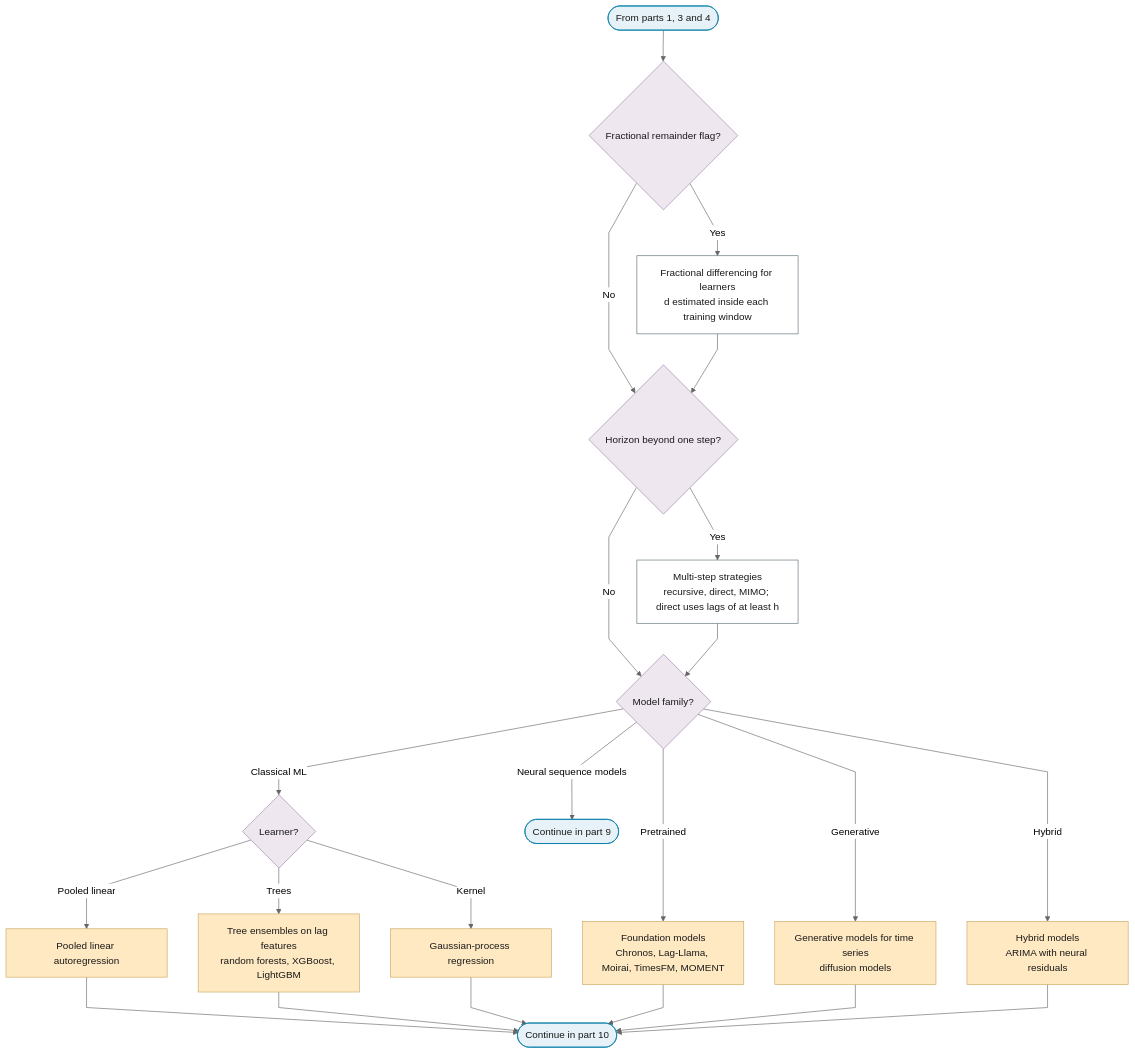
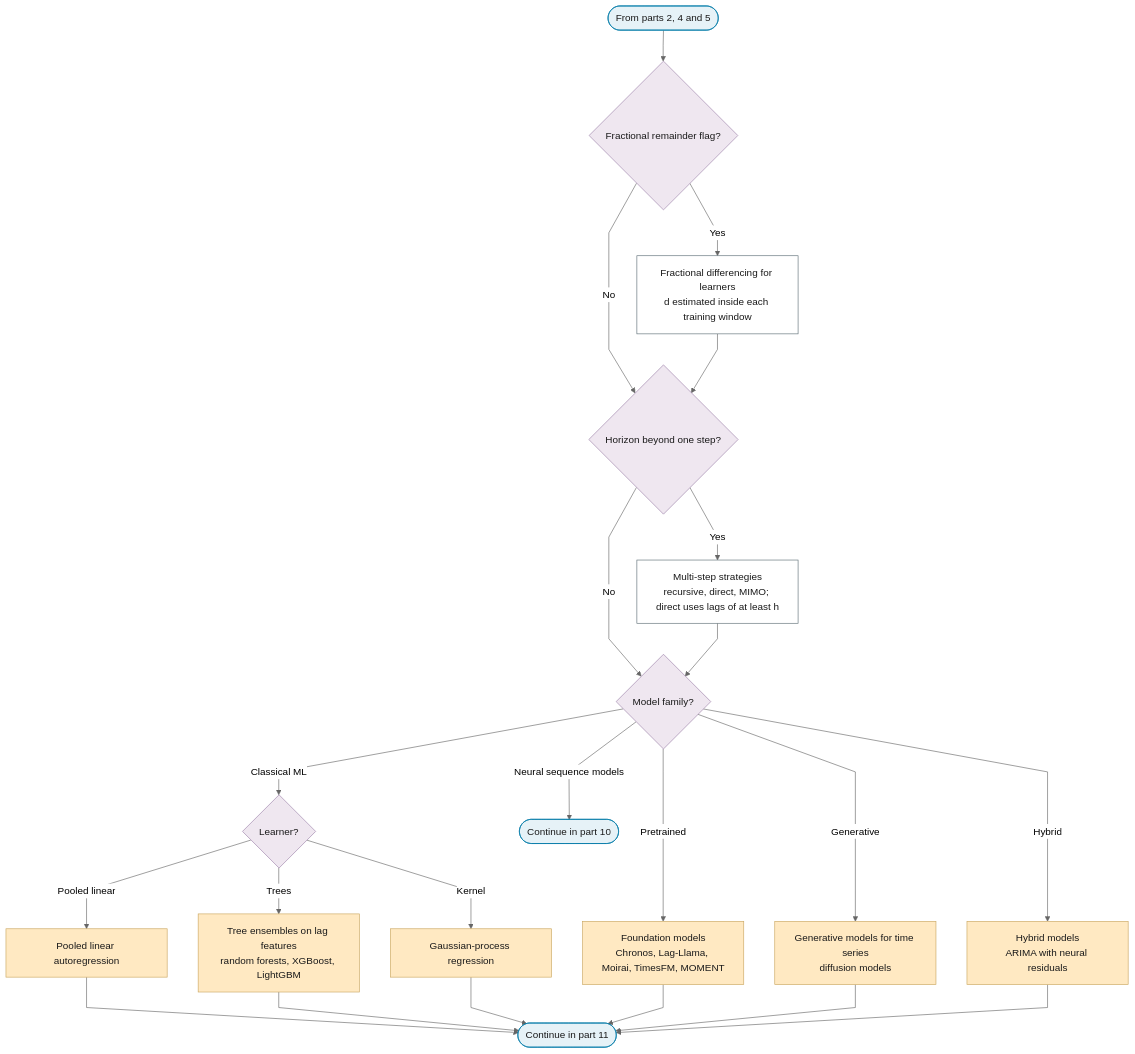
Before and after one commit to Shuxin-Y/time-series-analysis-manual: the ninth of 12 diagrams in docs/01-workflow/p06-mean-model-class.md, drawn with Mermaid (neutral theme). The commit also changed other lines of this file and 10 other files, not shown here.

````diff
--- a/docs/01-workflow/p06-mean-model-class.md
+++ b/docs/01-workflow/p06-mean-model-class.md
@@ -214,33 +239,33 @@
 ```mermaid
 %%{init: {"flowchart": {"curve": "linear"}}}%%
 graph TD
-    P6_PART_8_IN(["From parts 1, 3 and 4"]) --> P6_FD_Q{"Fractional remainder flag?"}
+    P6_PART_9_IN(["From parts 2, 4 and 5"]) --> P6_FD_Q{"Fractional remainder flag?"}
     P6_FD_Q -->|"Yes"| P6_FRACTIONAL_DIFFERENCE["Fractional differencing for learners<br/>d estimated inside each training window"]
     P6_FD_Q -->|"No"| P6_HORIZON_Q
     P6_FRACTIONAL_DIFFERENCE --> P6_HORIZON_Q{"Horizon beyond one step?"}
     P6_HORIZON_Q -->|"Yes"| P6_MULTISTEP["Multi-step strategies<br/>recursive, direct, MIMO; direct uses lags of at least h"]
     P6_HORIZON_Q -->|"No"| P6_ML_FAMILY
     P6_MULTISTEP --> P6_ML_FAMILY{"Model family?"}
     P6_ML_FAMILY -->|"Classical ML"| P6_ML_CLASSICAL{"Learner?"}
-    P6_ML_FAMILY -->|"Neural sequence models"| P6_TO_PART_9(["Continue in part 9"])
+    P6_ML_FAMILY -->|"Neural sequence models"| P6_TO_PART_10(["Continue in part 10"])
     P6_ML_FAMILY -->|"Pretrained"| P6_FOUNDATION_MODELS["Foundation models<br/>Chronos, Lag-Llama, Moirai, TimesFM, MOMENT"]
     P6_ML_FAMILY -->|"Generative"| P6_GENERATIVE["Generative models for time series<br/>diffusion models"]
     P6_ML_FAMILY -->|"Hybrid"| P6_HYBRID["Hybrid models<br/>ARIMA with neural residuals"]
     P6_ML_CLASSICAL -->|"Pooled linear"| P6_POOLED_AR["Pooled linear autoregression"]
     P6_ML_CLASSICAL -->|"Trees"| P6_TREE_ENSEMBLES["Tree ensembles on lag features<br/>random forests, XGBoost, LightGBM"]
     P6_ML_CLASSICAL -->|"Kernel"| P6_GAUSSIAN_PROCESS["Gaussian-process regression"]
-    P6_POOLED_AR & P6_TREE_ENSEMBLES & P6_GAUSSIAN_PROCESS --> P6_PART_8_OUT
-    P6_FOUNDATION_MODELS & P6_GENERATIVE & P6_HYBRID --> P6_PART_8_OUT(["Continue in part 10"])
+    P6_POOLED_AR & P6_TREE_ENSEMBLES & P6_GAUSSIAN_PROCESS --> P6_PART_9_OUT
+    P6_FOUNDATION_MODELS & P6_GENERATIVE & P6_HYBRID --> P6_PART_9_OUT(["Continue in part 11"])
     class P6_HYBRID,P6_POOLED_AR,P6_TREE_ENSEMBLES,P6_GAUSSIAN_PROCESS,P6_FOUNDATION_MODELS,P6_GENERATIVE escalate
-    class P6_PART_8_IN,P6_TO_PART_9,P6_PART_8_OUT terminator
+    class P6_PART_9_IN,P6_TO_PART_10,P6_PART_9_OUT terminator
     class P6_FD_Q,P6_HORIZON_Q,P6_ML_FAMILY,P6_ML_CLASSICAL decision
     class P6_FRACTIONAL_DIFFERENCE,P6_MULTISTEP process
     classDef terminator fill:#E6F2F7,stroke:#007BA7,color:#1A1A1A;
     classDef process fill:#FFFFFF,stroke:#5A6B73,color:#1A1A1A;
     classDef decision fill:#EFE7F0,stroke:#9B7FA7,color:#1A1A1A;
     classDef data fill:#FFF4E0,stroke:#C9A55E,color:#1A1A1A;
     classDef good fill:#DCEFD8,stroke:#4A7A3F,color:#1A1A1A;
     classDef escalate fill:#FFE9C2,stroke:#C9A55E,color:#1A1A1A;
     classDef problem fill:#F2D9DE,stroke:#800020,color:#1A1A1A;
     classDef ref fill:#F7F7F7,stroke:#5A6B73,color:#1A1A1A,stroke-dasharray:4 3;
 ```
````
